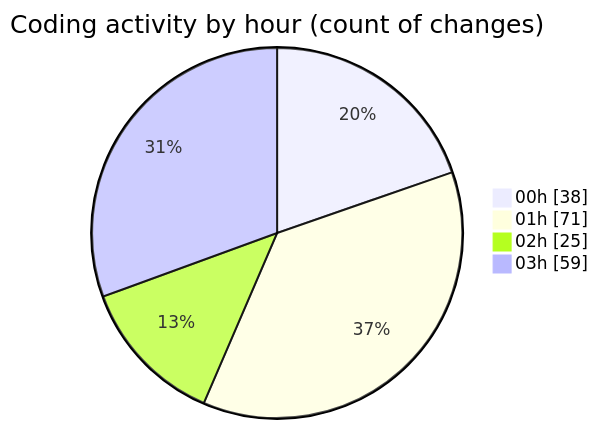
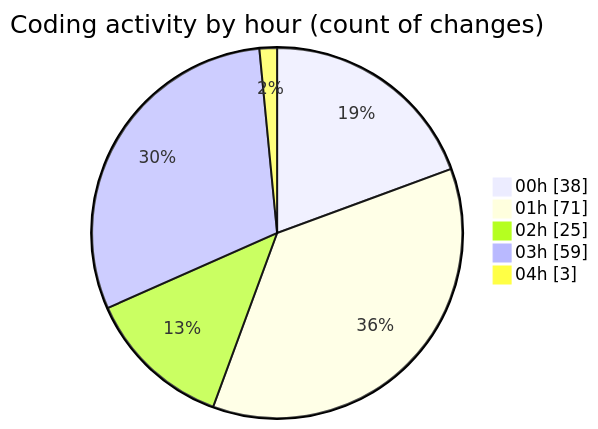
One commit to lephambinh05/code-tracking changed the second of 2 diagrams in 2025-07-27/quanlyrapchieuphim-1/README.md. Above: the diagram before and after it, drawn with Mermaid. The commit also changed other lines of this file and 1 other file, not shown here.

````diff
--- a/2025-07-27/quanlyrapchieuphim-1/README.md
+++ b/2025-07-27/quanlyrapchieuphim-1/README.md
@@ -78,8 +78,9 @@
 ```mermaid
 pie showData
 title Coding activity by hour (count of changes)
 "00h" : 38
 "01h" : 71
 "02h" : 25
 "03h" : 59
+"04h" : 3
 ```
````
